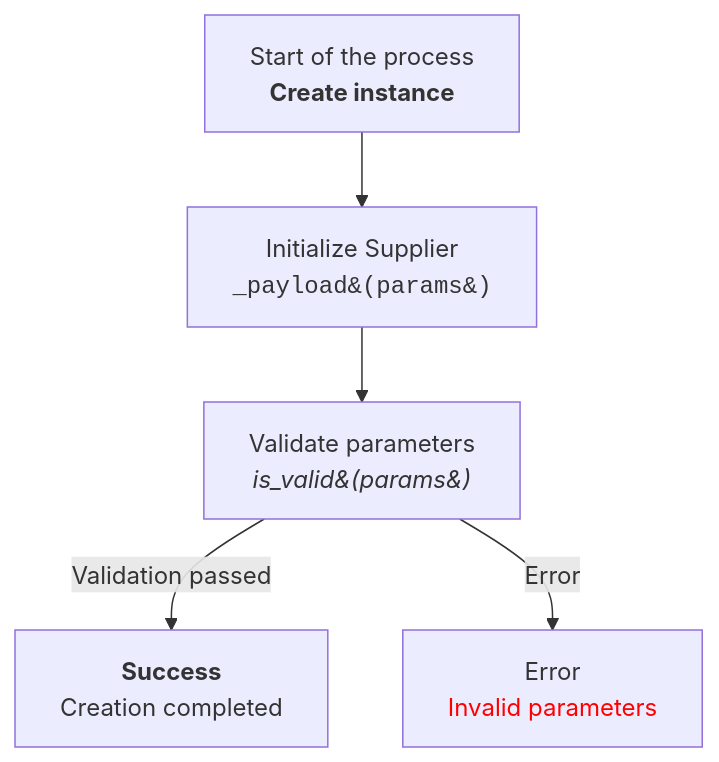
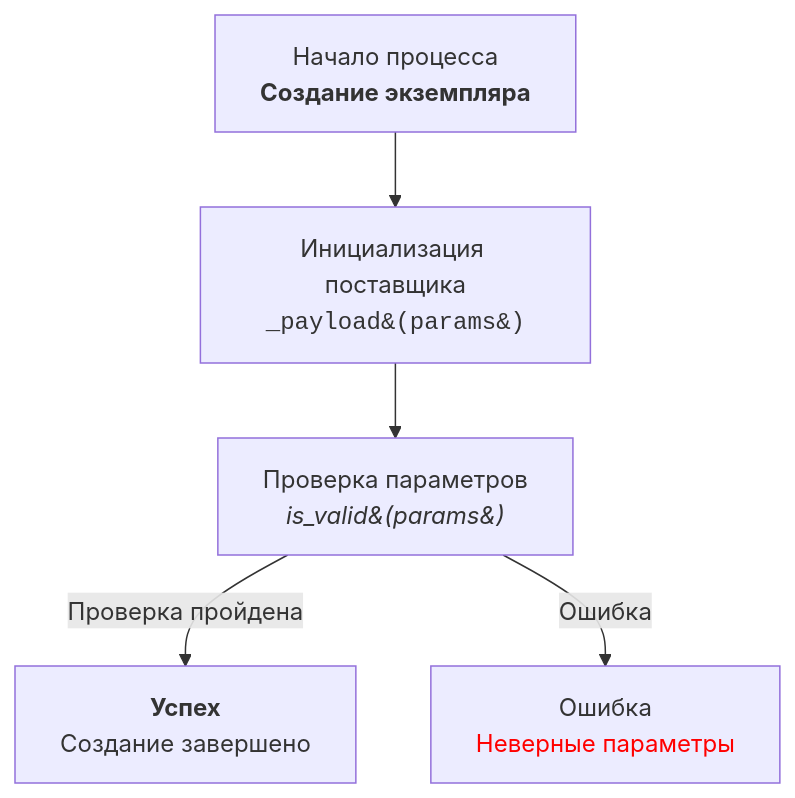
The diagram in docs/gemini/ru/doc/src/ai/prompts/developer/code_explainer_md_en.md.md (hypo69/hypo), drawn with Mermaid before and after one commit. The commit also changed other lines of this file and 1300 other files, not shown here.

````diff
--- a/docs/gemini/ru/doc/src/ai/prompts/developer/code_explainer_md_en.md.md
+++ b/docs/gemini/ru/doc/src/ai/prompts/developer/code_explainer_md_en.md.md
@@ -249,8 +215,8 @@
-```mermaid
-flowchart TD
-    Start[<html>Start of the process<br><b>Create instance</b></html>] 
-        --> InitSupplier[<html>Initialize Supplier<br><code>_payload&#40;params&#41;</code></html>]
-    InitSupplier --> Validate[<html>Validate parameters<br><i>is_valid&#40;params&#41;</i></html>]
-    Validate -->|Validation passed| Success[<html><b>Success</b><br>Creation completed</html>]
-    Validate -->|Error| Error[<html>Error<br><span style="color:red;">Invalid parameters</span></html>]
-```
+    ```mermaid
+    flowchart TD
+        Start[<html>Начало процесса<br><b>Создание экземпляра</b></html>]
+            --> InitSupplier[<html>Инициализация поставщика<br><code>_payload&#40;params&#41;</code></html>]
+        InitSupplier --> Validate[<html>Проверка параметров<br><i>is_valid&#40;params&#41;</i></html>]
+        Validate -->|Проверка пройдена| Success[<html><b>Успех</b><br>Создание завершено</html>]
+        Validate -->|Ошибка| Error[<html>Ошибка<br><span style="color:red;">Неверные параметры</span></html>]
+    ```
````
